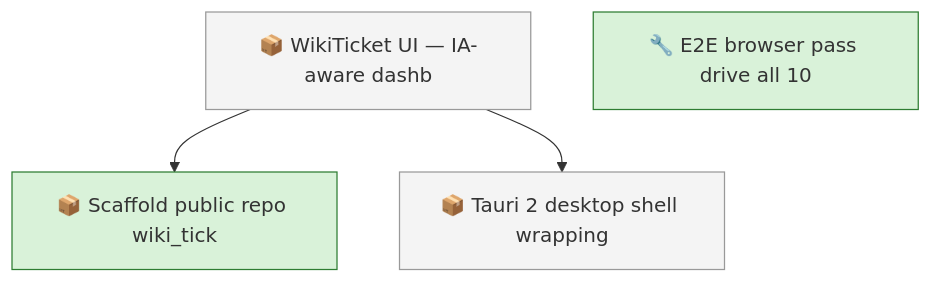
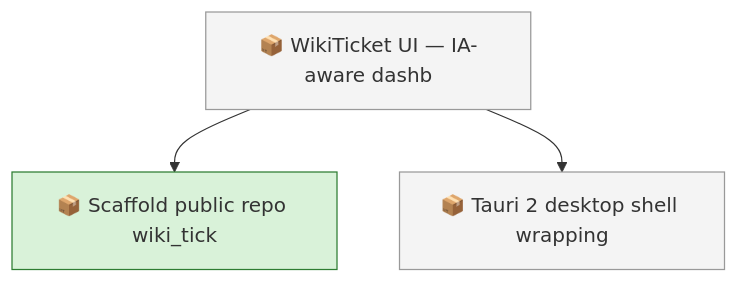
One commit to SpillwaveSolutions/wiki_ticket_sdd_ui changed the first of 2 diagrams in docs/roadmap.md. Above: the diagram before and after it, drawn with Mermaid. The commit also changed other lines of this file and 5 other files, not shown here.

First line of the commit message:
chore: E2E browser pass complete (01KY659FMF, #10) — all 10 panels verified live via agent-browser

````diff
--- a/docs/roadmap.md
+++ b/docs/roadmap.md
@@ -50,13 +44,12 @@
 ```mermaid
 graph TD
     01KY5ZZX8Y6N7E5YQYP4X1V7VA["📦 Scaffold public repo wiki_tick"]
     01KY5ZZX8YXD5YDJKQGJ3VCCHN["📦 WikiTicket UI — IA-aware dashb"]
     01KY5ZZX8Z46K7BCSPPFKN23JZ["📦 Tauri 2 desktop shell wrapping"]
-    01KY659FMF8BB293744Q4X2V6G["🔧 E2E browser pass drive all 10"]
     01KY5ZZX8YXD5YDJKQGJ3VCCHN --> 01KY5ZZX8Y6N7E5YQYP4X1V7VA
     01KY5ZZX8YXD5YDJKQGJ3VCCHN --> 01KY5ZZX8Z46K7BCSPPFKN23JZ
     classDef todo fill:#f4f4f4,stroke:#999999
     class 01KY5ZZX8YXD5YDJKQGJ3VCCHN,01KY5ZZX8Z46K7BCSPPFKN23JZ todo
     classDef in_progress fill:#d9f2d9,stroke:#2e7d32
-    class 01KY5ZZX8Y6N7E5YQYP4X1V7VA,01KY659FMF8BB293744Q4X2V6G in_progress
+    class 01KY5ZZX8Y6N7E5YQYP4X1V7VA in_progress
 ```
````
